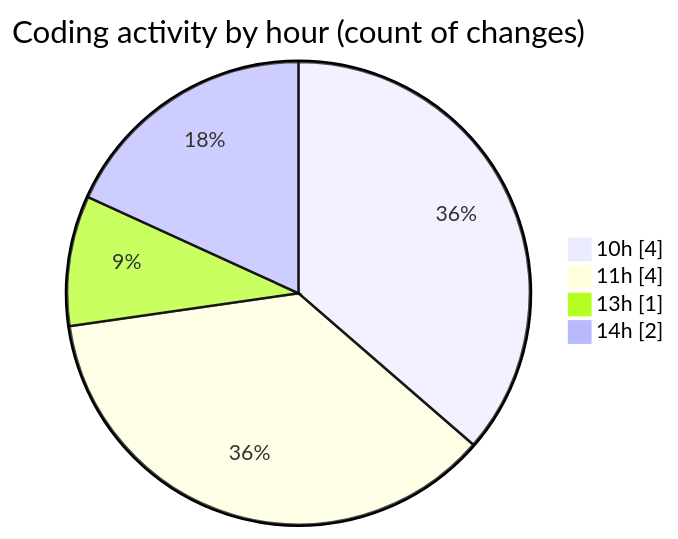
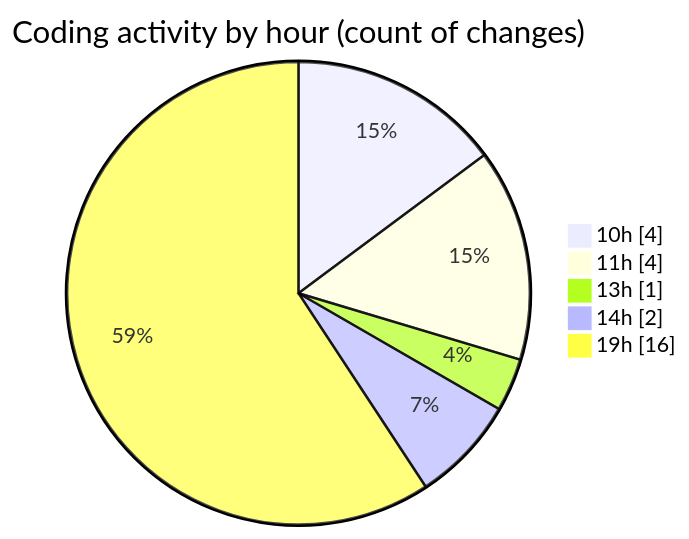
The second of 2 diagrams in 2026-08-16/nxtqube_webapp/README.md (nxtqubesakshisongat/code-tracking), drawn with Mermaid before and after one commit. The commit also changed other lines of this file and 1 other file, not shown here.

````diff
--- a/2026-08-16/nxtqube_webapp/README.md
+++ b/2026-08-16/nxtqube_webapp/README.md
@@ -33,8 +38,9 @@
 ```mermaid
 pie showData
 title Coding activity by hour (count of changes)
 "10h" : 4
 "11h" : 4
 "13h" : 1
 "14h" : 2
+"19h" : 16
 ```
````
